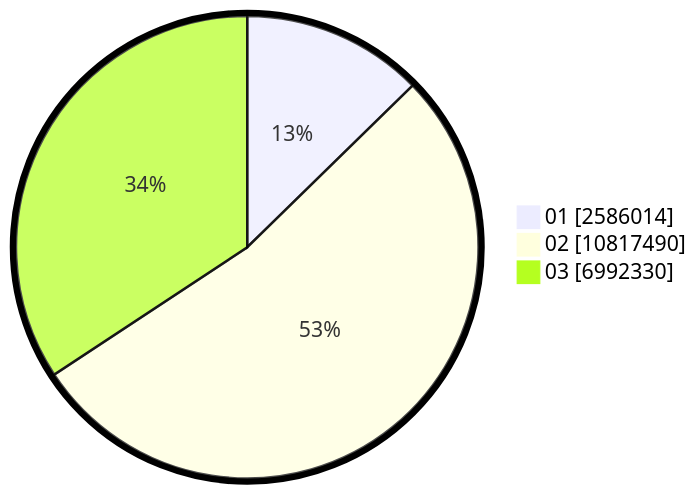
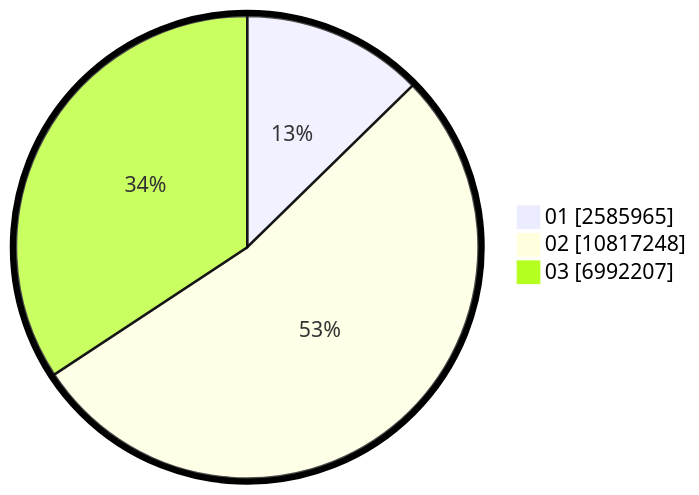
One commit to gigit-pemilu/pemilu-2024 changed the second of 2 diagrams in pilpres/hitung-suara/sub/table-wilayah-33.md. Above: the diagram before and after it, drawn with Mermaid. The commit also changed other lines of this file and 10 other files, not shown here.

````diff
--- a/pilpres/hitung-suara/sub/table-wilayah-33.md
+++ b/pilpres/hitung-suara/sub/table-wilayah-33.md
@@ -15,7 +15,7 @@
 ```mermaid
 %%{init: {"pie": {"textPosition": 0.5}, "themeVariables": {"pieOuterStrokeWidth": "5px"}} }%%
 pie showData
-    "01" : 2586014
-    "02" : 10817490
-    "03" : 6992330
+    "01" : 2585965
+    "02" : 10817248
+    "03" : 6992207
 ```
````
